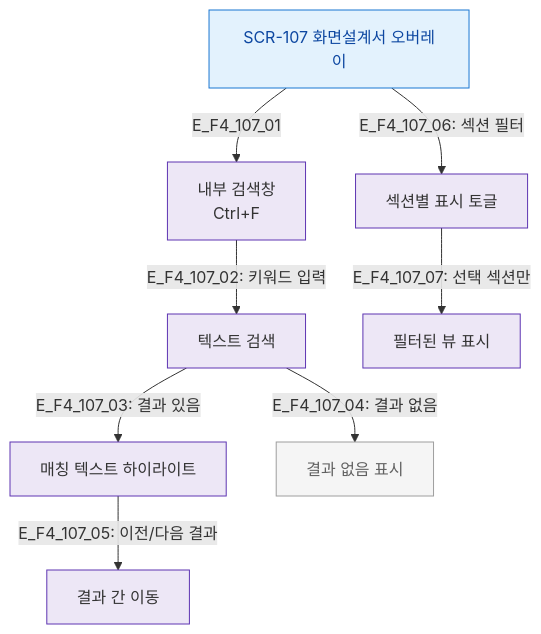
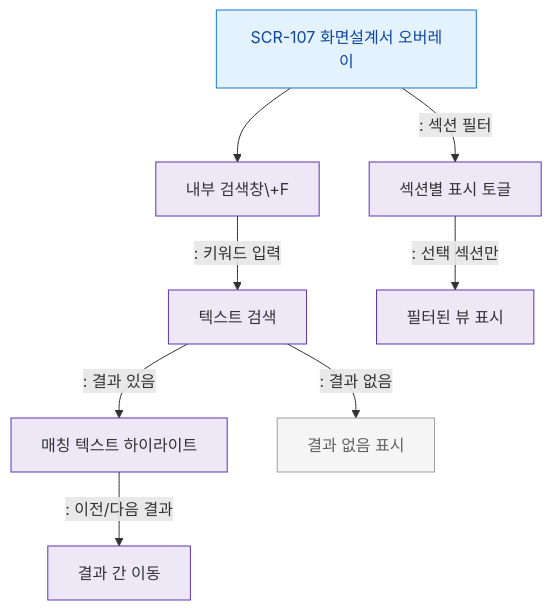
One commit to dev-spogym/admin-pando changed the diagram in docs/다이어그램/D01_공통/SCR-107_화면설계서오버레이/F4_필터검색.md. Above: the diagram before and after it, drawn with Mermaid. The commit also changed other lines of this file and 1660 other files, not shown here.

First line of the commit message:
다이어그램: 기획자/클라이언트 납품본으로 정리

````diff
--- a/docs/다이어그램/D01_공통/SCR-107_화면설계서오버레이/F4_필터검색.md
+++ b/docs/다이어그램/D01_공통/SCR-107_화면설계서오버레이/F4_필터검색.md
@@ -19,19 +17,19 @@
 ```mermaid
 flowchart TD
-    SCR_107[SCR-107 화면설계서 오버레이] -->|E_F4_107_01| SEARCH_BAR[내부 검색창\nCtrl+F]
+    SCR_107[SCR-107 화면설계서 오버레이] --> SEARCH_BAR[내부 검색창\+F]
 
-    SEARCH_BAR -->|"E_F4_107_02: 키워드 입력"| SEARCH[텍스트 검색]
-    SEARCH -->|"E_F4_107_03: 결과 있음"| HIGHLIGHT[매칭 텍스트 하이라이트]
-    SEARCH -->|"E_F4_107_04: 결과 없음"| NO_RESULT[결과 없음 표시]
-    HIGHLIGHT -->|"E_F4_107_05: 이전/다음 결과"| NAV_RESULT[결과 간 이동]
+    SEARCH_BAR -->|": 키워드 입력"|SEARCH[텍스트 검색]
+    SEARCH -->|": 결과 있음"|HIGHLIGHT[매칭 텍스트 하이라이트]
+    SEARCH -->|": 결과 없음"|NO_RESULT[결과 없음 표시]
+    HIGHLIGHT -->|": 이전/다음 결과"|NAV_RESULT[결과 간 이동]
 
-    SCR_107 -->|"E_F4_107_06: 섹션 필터"| SECTION_FILTER[섹션별 표시 토글]
-    SECTION_FILTER -->|"E_F4_107_07: 선택 섹션만"| FILTERED_VIEW[필터된 뷰 표시]
+    SCR_107 -->|": 섹션 필터"|SECTION_FILTER[섹션별 표시 토글]
+    SECTION_FILTER -->|": 선택 섹션만"|FILTERED_VIEW[필터된 뷰 표시]
 
-    classDef screen      fill:#E3F2FD,stroke:#1976D2,color:#0D47A1
-    classDef system      fill:#EDE7F6,stroke:#5E35B2
+    classDef screen fill:#E3F2FD,stroke:#1976D2,color:#0D47A1
+    classDef system fill:#EDE7F6,stroke:#5E35B2
     classDef rbacBlocked fill:#F5F5F5,stroke:#9E9E9E,color:#616161
     class SCR_107 screen
     class SEARCH_BAR,SEARCH,HIGHLIGHT,NAV_RESULT,SECTION_FILTER,FILTERED_VIEW system
     class NO_RESULT rbacBlocked
 ```
````
